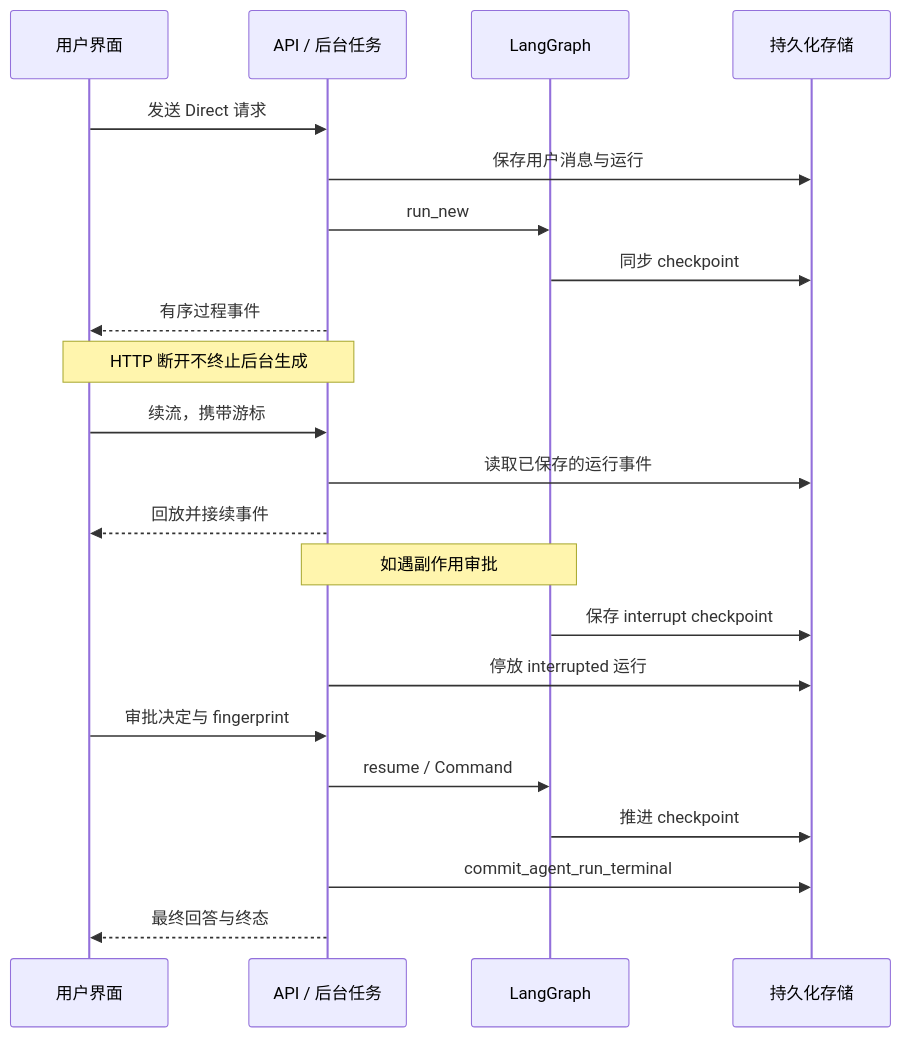
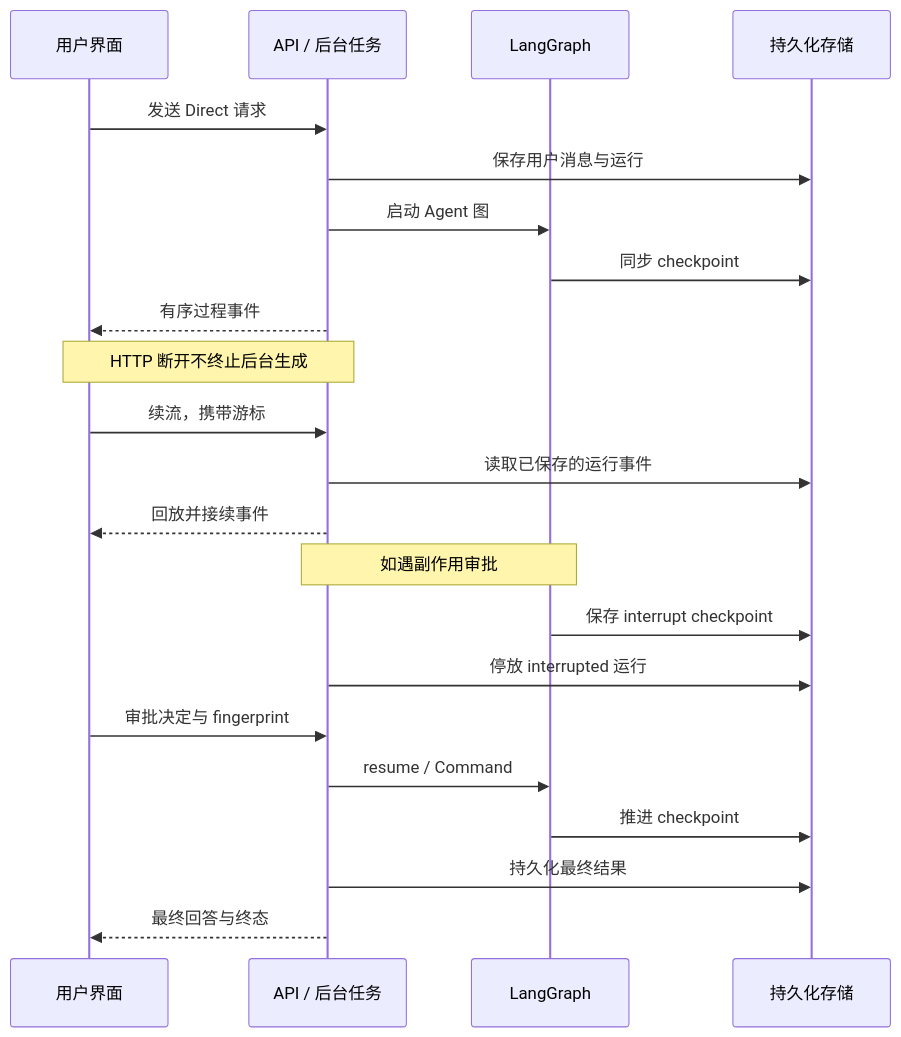
Before and after one commit to qzruncode/accumulation: the third of 3 diagrams in agent/direct.md, drawn with Mermaid. The commit also changed other lines of this file, not shown here.

````diff
--- a/agent/direct.md
+++ b/agent/direct.md
@@ -148,24 +144,24 @@
 ```mermaid
 sequenceDiagram
     participant U as 用户界面
     participant A as API / 后台任务
     participant G as LangGraph
     participant D as 持久化存储
     U->>A: 发送 Direct 请求
     A->>D: 保存用户消息与运行
-    A->>G: run_new
+    A->>G: 启动 Agent 图
     G->>D: 同步 checkpoint
     A-->>U: 有序过程事件
     Note over U,A: HTTP 断开不终止后台生成
     U->>A: 续流，携带游标
     A->>D: 读取已保存的运行事件
     A-->>U: 回放并接续事件
     Note over A,G: 如遇副作用审批
     G->>D: 保存 interrupt checkpoint
     A->>D: 停放 interrupted 运行
     U->>A: 审批决定与 fingerprint
     A->>G: resume / Command
     G->>D: 推进 checkpoint
-    A->>D: commit_agent_run_terminal
+    A->>D: 持久化最终结果
     A-->>U: 最终回答与终态
 ```
````
